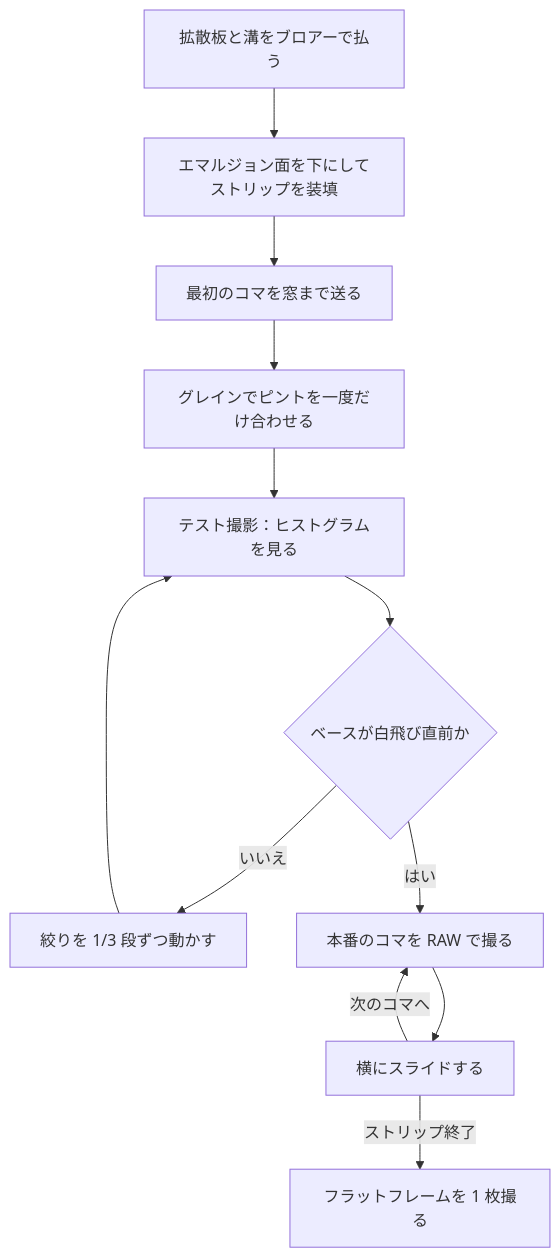
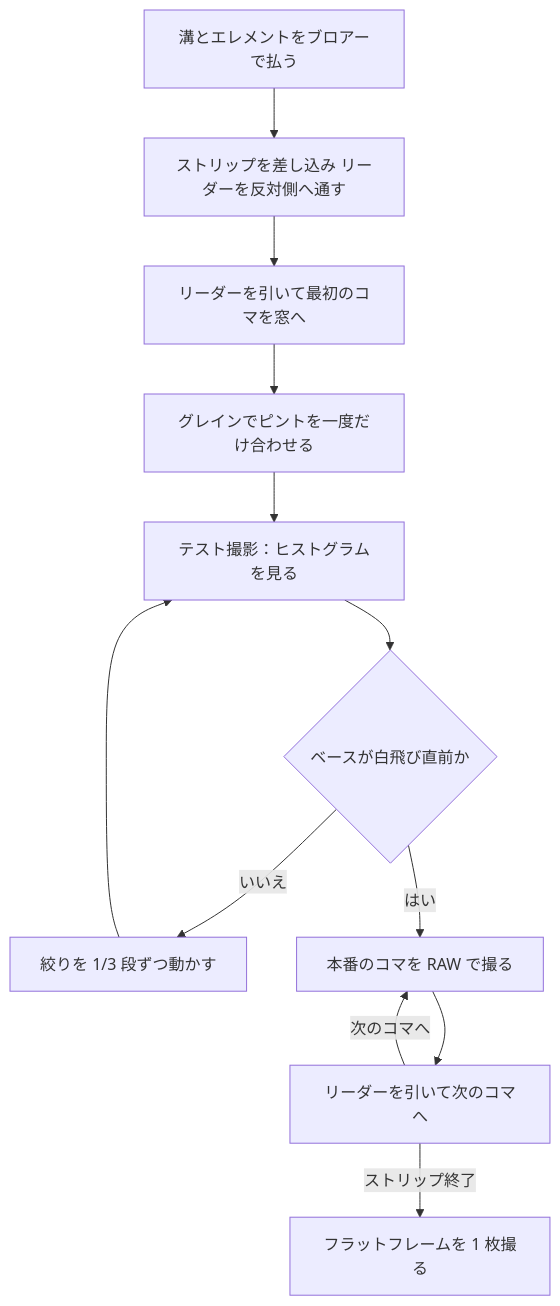
One commit to Neoanaloglab/Neobox changed the diagram in docs/scanning.ja.md. Above: the diagram before and after it, drawn with Mermaid. The commit also changed other lines of this file and 30 other files, not shown here.

````diff
--- a/docs/scanning.ja.md
+++ b/docs/scanning.ja.md
@@ -218,14 +230,14 @@
 ```mermaid
 flowchart TD
-    A[拡散板と溝をブロアーで払う] --> B[エマルジョン面を下にしてストリップを装填]
-    B --> C[最初のコマを窓まで送る]
+    A[溝とエレメントをブロアーで払う] --> B[ストリップを差し込み リーダーを反対側へ通す]
+    B --> C[リーダーを引いて最初のコマを窓へ]
     C --> D[グレインでピントを一度だけ合わせる]
     D --> E[テスト撮影：ヒストグラムを見る]
     E --> F{ベースが白飛び直前か}
     F -- いいえ --> G[絞りを 1/3 段ずつ動かす]
     G --> E
     F -- はい --> H[本番のコマを RAW で撮る]
-    H --> I[横にスライドする]
+    H --> I[リーダーを引いて次のコマへ]
     I -->|次のコマへ| H
     I -->|ストリップ終了| J[フラットフレームを 1 枚撮る]
 ```
````
